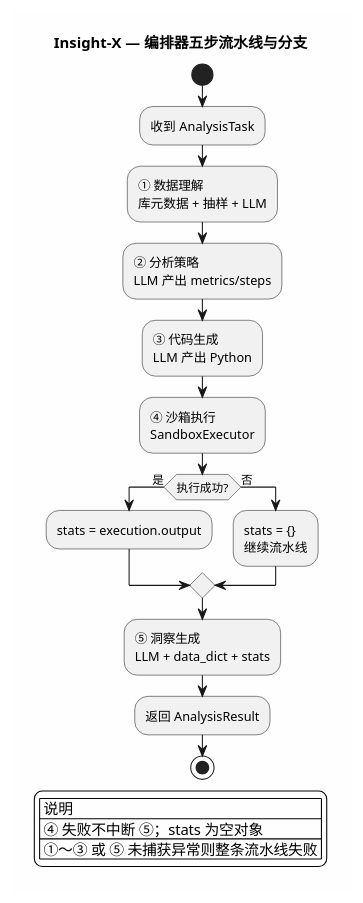
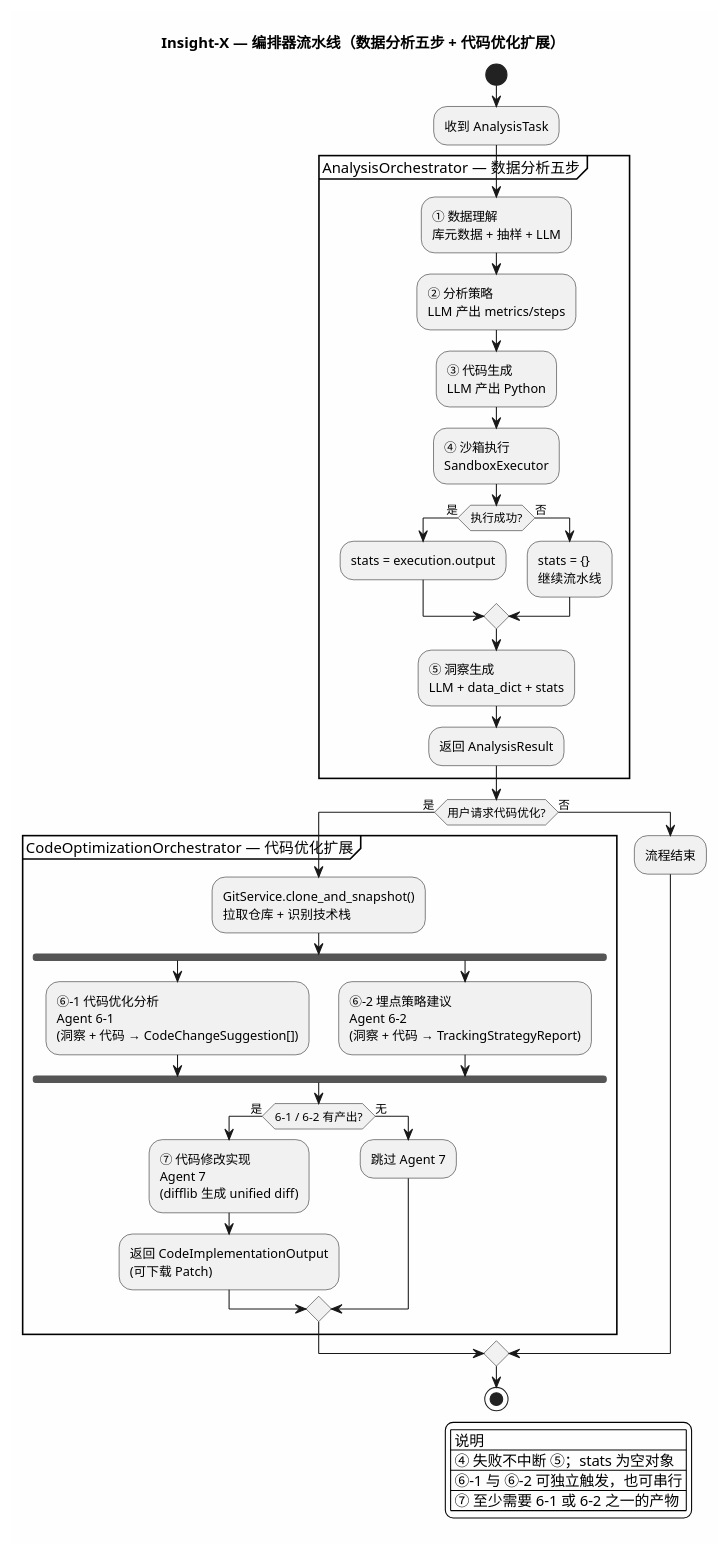
One commit to Wangjunjie991116/insight-x changed the diagram in docs/Introduce/orchestrator-pipeline.puml. Above: the diagram before and after it, drawn with PlantUML. The commit also changed 14 other files, not shown here.

```diff
--- a/docs/Introduce/orchestrator-pipeline.puml
+++ b/docs/Introduce/orchestrator-pipeline.puml
@@ -1,29 +1,57 @@
 @startuml insight-x-orchestrator-pipeline
-' AnalysisOrchestrator.run_analysis（与 orchestrator-pipeline.mermaid 对应）
+' AnalysisOrchestrator.run_analysis + CodeOptimizationOrchestrator（与 orchestrator-pipeline.mermaid 对应）
 skinparam backgroundColor #FEFEFE
-title Insight-X — 编排器五步流水线与分支
+title Insight-X — 编排器流水线（数据分析五步 + 代码优化扩展）
 
 start
 :收到 AnalysisTask;
-:① 数据理解\n库元数据 + 抽样 + LLM;
-:② 分析策略\nLLM 产出 metrics/steps;
-:③ 代码生成\nLLM 产出 Python;
-:④ 沙箱执行\nSandboxExecutor;
 
-if (执行成功?) then (是)
-  :stats = execution.output;
+partition "AnalysisOrchestrator — 数据分析五步" {
+  :① 数据理解\n库元数据 + 抽样 + LLM;
+  :② 分析策略\nLLM 产出 metrics/steps;
+  :③ 代码生成\nLLM 产出 Python;
+  :④ 沙箱执行\nSandboxExecutor;
+
+  if (执行成功?) then (是)
+    :stats = execution.output;
+  else (否)
+    :stats = {}\n继续流水线;
+  endif
+
+  :⑤ 洞察生成\nLLM + data_dict + stats;
+  :返回 AnalysisResult;
+}
+
+if (用户请求代码优化?) then (是)
+
+partition "CodeOptimizationOrchestrator — 代码优化扩展" {
+  :GitService.clone_and_snapshot()\n拉取仓库 + 识别技术栈;
+
+  fork
+    :⑥-1 代码优化分析\nAgent 6-1\n(洞察 + 代码 → CodeChangeSuggestion[]);
+  fork again
+    :⑥-2 埋点策略建议\nAgent 6-2\n(洞察 + 代码 → TrackingStrategyReport);
+  end fork
+
+  if (6-1 / 6-2 有产出?) then (是)
+    :⑦ 代码修改实现\nAgent 7\n(difflib 生成 unified diff);
+    :返回 CodeImplementationOutput\n(可下载 Patch);
+  else (无)
+    :跳过 Agent 7;
+  endif
+}
+
 else (否)
-  :stats = {}\n继续流水线;
+  :流程结束;
 endif
 
-:⑤ 洞察生成\nLLM + data_dict + stats;
-:返回 AnalysisResult;
 stop
 
 legend right
   | 说明 |
   | ④ 失败不中断 ⑤；stats 为空对象 |
-  | ①～③ 或 ⑤ 未捕获异常则整条流水线失败 |
+  | ⑥-1 与 ⑥-2 可独立触发，也可串行 |
+  | ⑦ 至少需要 6-1 或 6-2 之一的产物 |
 endlegend
 
 @enduml
```
